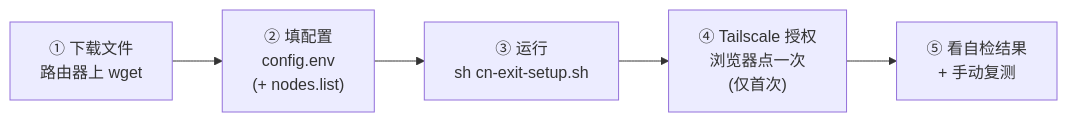
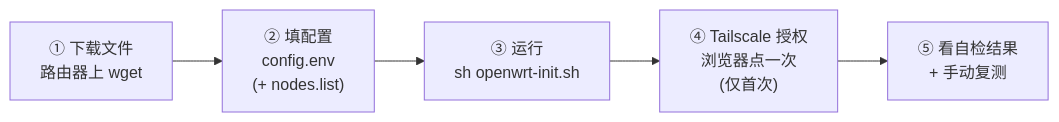
One commit to currycan/sb-xray changed the sixth of 9 diagrams in sources/openwrt/README.md. Above: the diagram before and after it, drawn with Mermaid. The commit also changed other lines of this file and 16 other files, not shown here.

First line of the commit message:
feat(openwrt): 整合一键初始化 openwrt-init.sh（OpenClash 配置纳管 + 内嵌 cdn-speedtest）

````diff
--- a/sources/openwrt/README.md
+++ b/sources/openwrt/README.md
@@ -157,4 +163,4 @@
 ```mermaid
 flowchart LR
-    S1["① 下载文件<br/>路由器上 wget"] --> S2["② 填配置<br/>config.env<br/>(+ nodes.list)"] --> S3["③ 运行<br/>sh cn-exit-setup.sh"] --> S4["④ Tailscale 授权<br/>浏览器点一次<br/>(仅首次)"] --> S5["⑤ 看自检结果<br/>+ 手动复测"]
+    S1["① 下载文件<br/>路由器上 wget"] --> S2["② 填配置<br/>config.env<br/>(+ nodes.list)"] --> S3["③ 运行<br/>sh openwrt-init.sh"] --> S4["④ Tailscale 授权<br/>浏览器点一次<br/>(仅首次)"] --> S5["⑤ 看自检结果<br/>+ 手动复测"]
 ```
````
